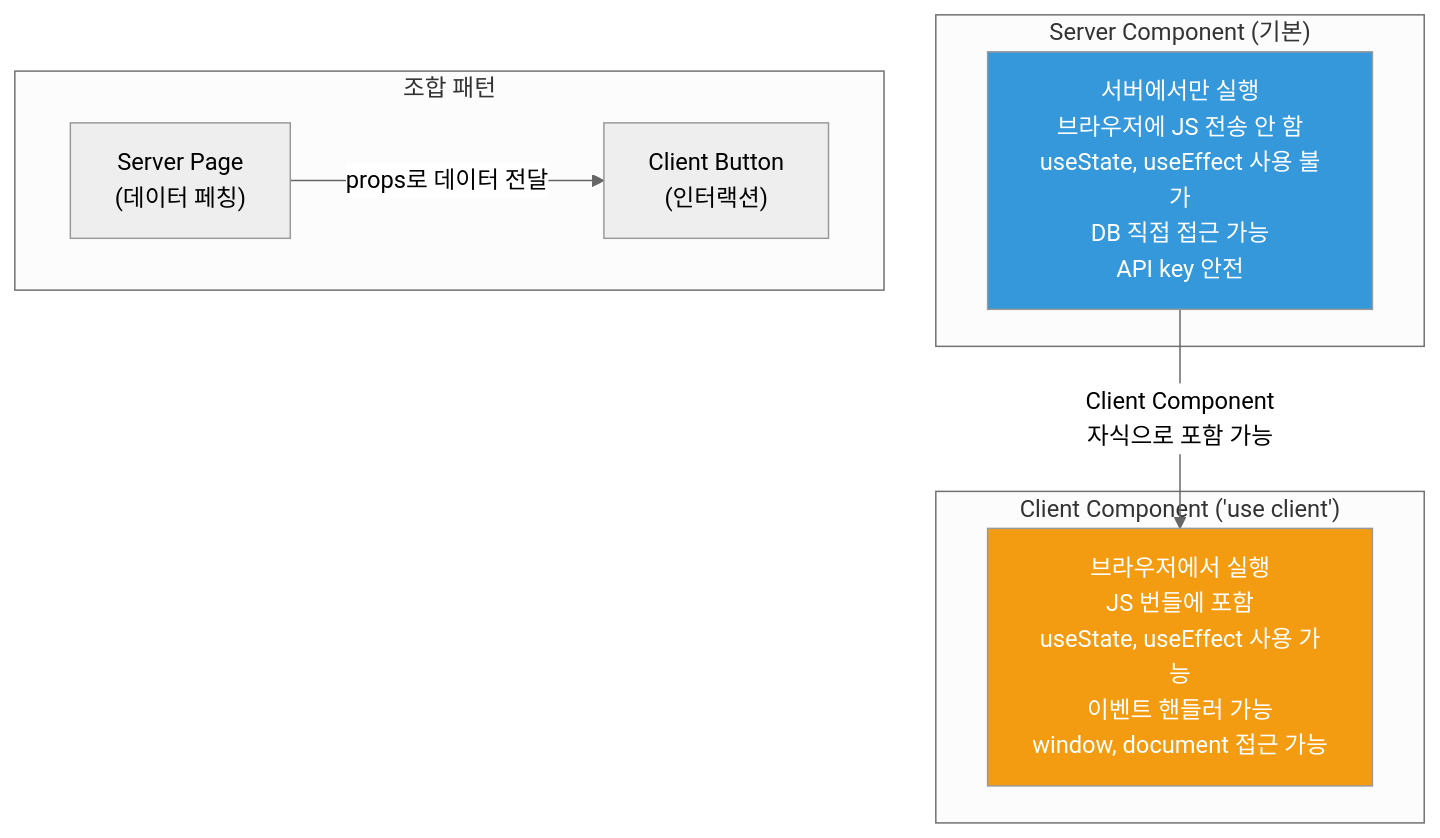
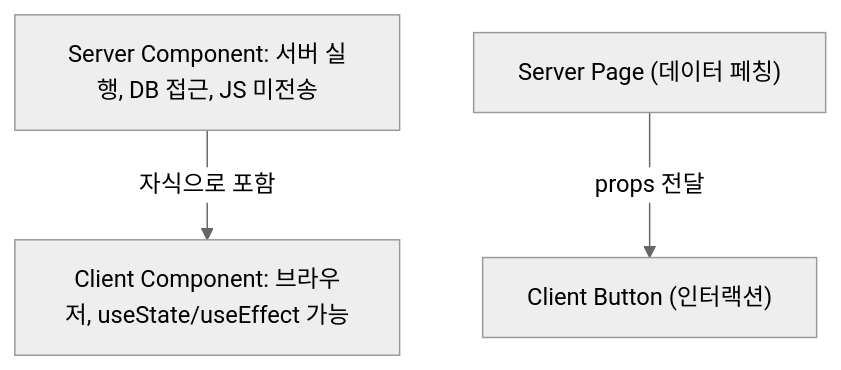
The third of 5 diagrams in _posts/frontend/2026-05-01-nextjs.md (yjkim2015/yjkim2015.github.io), drawn with Mermaid (neutral theme) before and after one commit. The commit also changed other lines of this file and 215 other files, not shown here.

First line of the commit message:
신규 포스트 10개 추가 + Mermaid 전면 축소 + SystemDesign 시리즈 보강

````diff
--- a/_posts/frontend/2026-05-01-nextjs.md
+++ b/_posts/frontend/2026-05-01-nextjs.md
@@ -139,21 +108,9 @@
 ```mermaid
 flowchart TD
-    subgraph "Server Component (기본)"
-        SC["서버에서만 실행\n브라우저에 JS 전송 안 함\nuseState, useEffect 사용 불가\nDB 직접 접근 가능\nAPI key 안전"]
-    end
-
-    subgraph "Client Component ('use client')"
-        CC["브라우저에서 실행\nJS 번들에 포함\nuseState, useEffect 사용 가능\n이벤트 핸들러 가능\nwindow, document 접근 가능"]
-    end
-
-    subgraph "조합 패턴"
-        SP["Server Page\n(데이터 페칭)"]
-        CP["Client Button\n(인터랙션)"]
-    end
-
-    SC -->|"Client Component\n자식으로 포함 가능"| CC
-    SP -->|"props로 데이터 전달"| CP
-
-    style SC fill:#3498db,color:#fff
-    style CC fill:#f39c12,color:#fff
+    SC["Server Component: 서버 실행, DB 접근, JS 미전송"]
+    CC["Client Component: 브라우저, useState/useEffect 가능"]
+    SP["Server Page (데이터 페칭)"]
+    CP["Client Button (인터랙션)"]
+    SC -->|"자식으로 포함"| CC
+    SP -->|"props 전달"| CP
 ```
````
